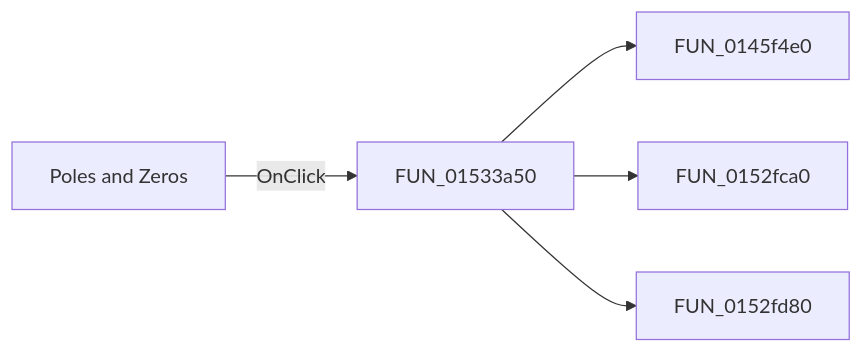
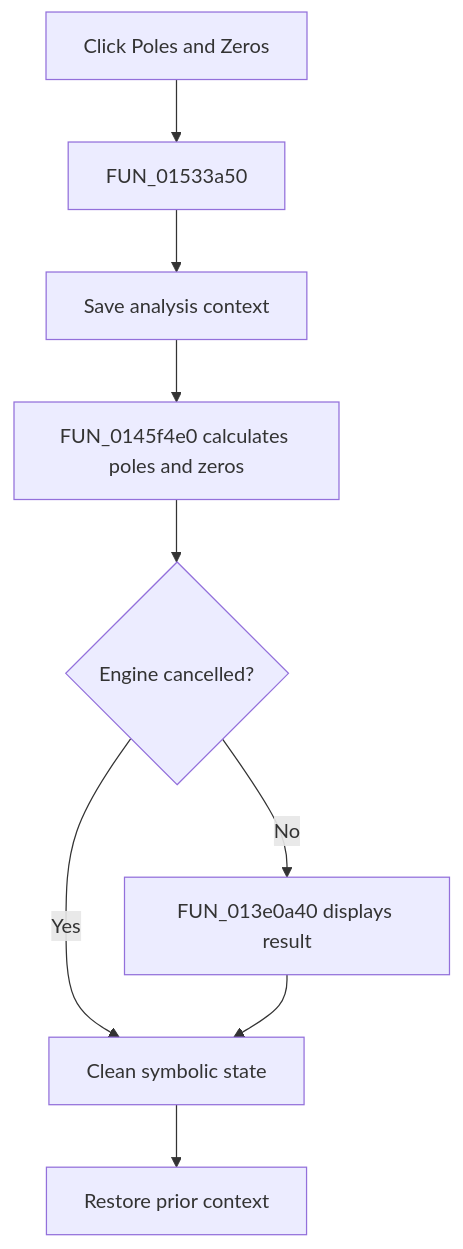
Before and after one commit to MovGP0/TIARA: the diagram in docs/ui-controls/netlisteditor/mipolesandzeros-877a2f4d36.md, drawn with Mermaid. The commit also changed other lines of this file and 1062 other files, not shown here.

````diff
--- a/docs/ui-controls/netlisteditor/mipolesandzeros-877a2f4d36.md
+++ b/docs/ui-controls/netlisteditor/mipolesandzeros-877a2f4d36.md
@@ -27,7 +29,11 @@
 ```mermaid
-flowchart LR
-    control["Poles and Zeros"] -->|OnClick| handler["FUN_01533a50"]
-    handler --> call1["FUN_0145f4e0"]
-    handler --> call2["FUN_0152fca0"]
-    handler --> call3["FUN_0152fd80"]
+flowchart TD
+    control["Click Poles and Zeros"] --> handler["FUN_01533a50"]
+    handler --> prepare["Save analysis context"]
+    prepare --> calculate["FUN_0145f4e0 calculates poles and zeros"]
+    calculate --> cancelled{"Engine cancelled?"}
+    cancelled -->|No| display["FUN_013e0a40 displays result"]
+    cancelled -->|Yes| cleanup["Skip display"]
+    display --> cleanup["Clean symbolic state"]
+    cleanup --> restore["Restore prior context"]
 ```
````
